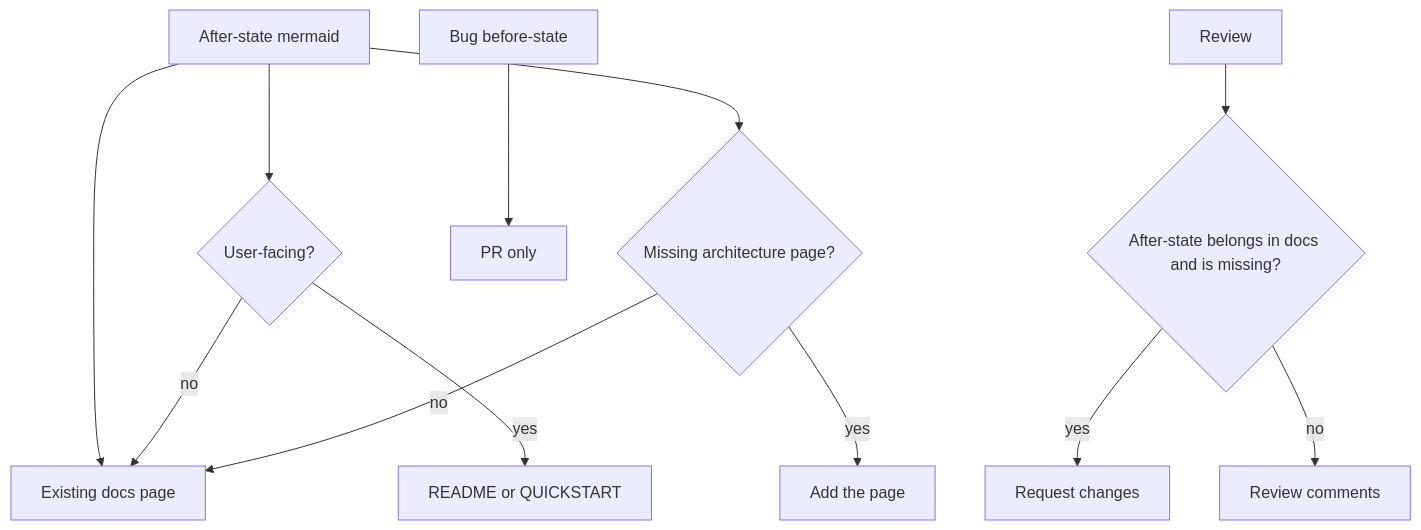
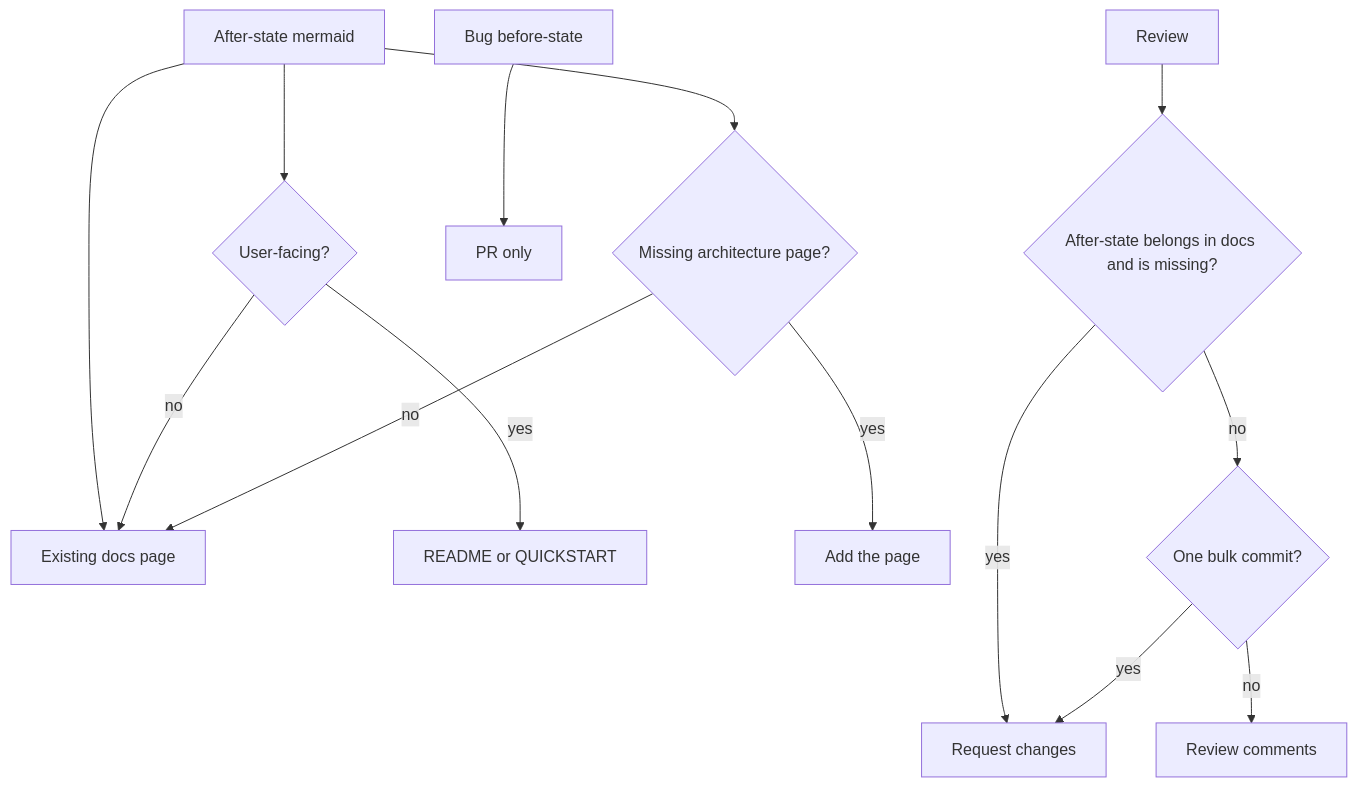
The diagram in AGENTS.md (Kripu77/software-factory), drawn with Mermaid before and after one commit.

Commit message:
Persist after-state mermaid so review also fails a one-commit bulk dump.

````diff
--- a/AGENTS.md
+++ b/AGENTS.md
@@ -38,14 +38,16 @@
 ```mermaid
 flowchart TD
   after[After-state mermaid] --> page[Existing docs page]
   after --> face{User-facing?}
   face -->|yes| readme[README or QUICKSTART]
   face -->|no| page
   after --> arch{Missing architecture page?}
   arch -->|yes| addPage[Add the page]
   arch -->|no| page
   before[Bug before-state] --> pr[PR only]
   review[Review] --> gap{After-state belongs in docs and is missing?}
   gap -->|yes| changes[Request changes]
-  gap -->|no| comments[Review comments]
+  gap -->|no| bulk{One bulk commit?}
+  bulk -->|yes| changes
+  bulk -->|no| comments[Review comments]
 ```
````
